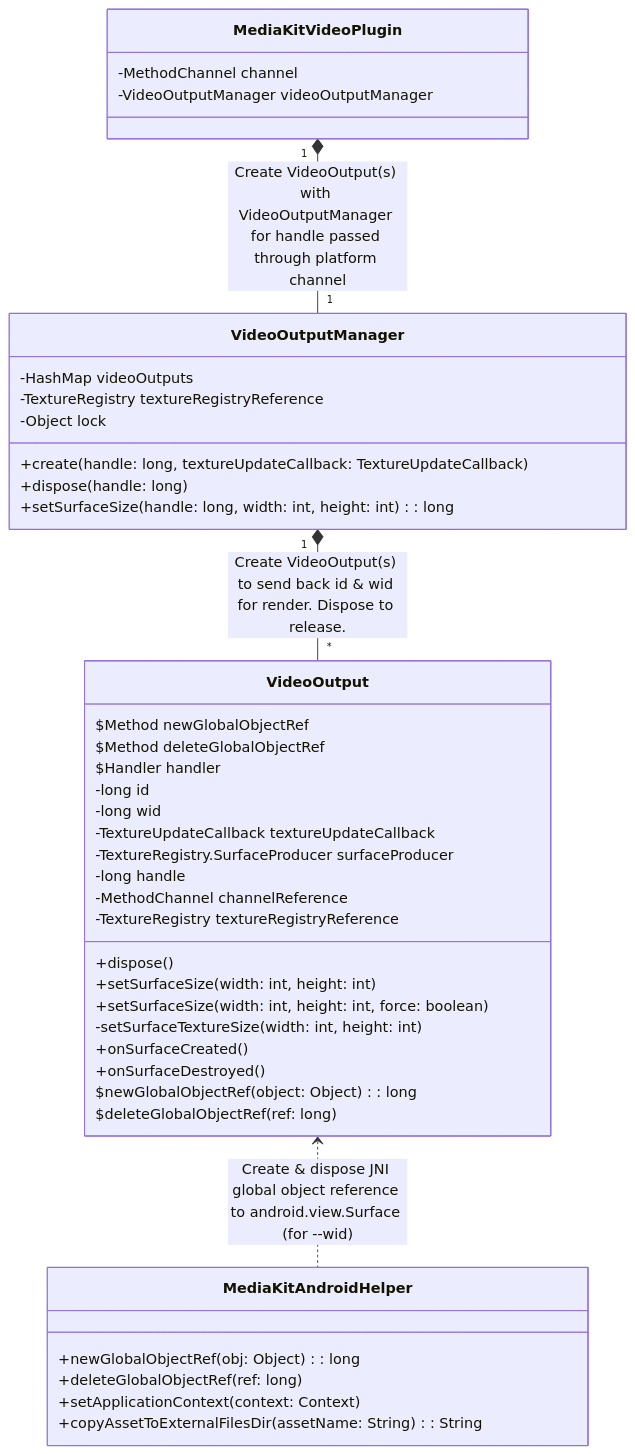
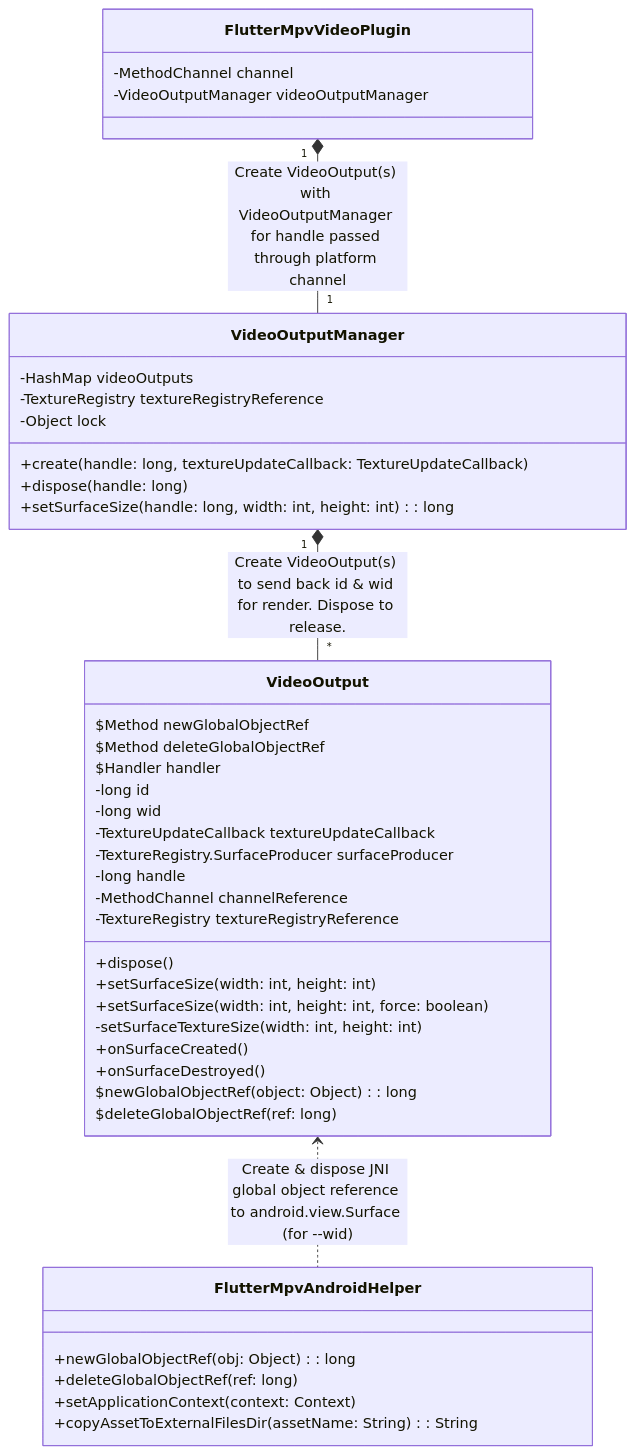
One commit to mohammedbakri123/flutter_mpv changed the second of 4 diagrams in README.md. Above: the diagram before and after it, drawn with Mermaid. The commit also changed other lines of this file and 355 other files, not shown here.

Commit message:
renamed all folders and filse to be flutter_mpv

````diff
--- a/README.md
+++ b/README.md
@@ -2615,63 +2615,63 @@
 ```mermaid
 %%{
   init: {
     'themeVariables': {
       'fontFamily': 'BlinkMacSystemFont, Segoe UI, Noto Sans, Helvetica, Arial, Apple Color Emoji, Segoe UI Emoji'
     }
   }
 }%%
 classDiagram
 
-  MediaKitVideoPlugin "1" *-- "1" VideoOutputManager: Create VideoOutput(s) with VideoOutputManager for handle passed through platform channel
+  FlutterMpvVideoPlugin "1" *-- "1" VideoOutputManager: Create VideoOutput(s) with VideoOutputManager for handle passed through platform channel
   VideoOutputManager "1" *-- "*" VideoOutput: Create VideoOutput(s) to send back id & wid for render. Dispose to release.
-  VideoOutput <.. MediaKitAndroidHelper: Create & dispose JNI global object reference to android.view.Surface (for --wid)
+  VideoOutput <.. FlutterMpvAndroidHelper: Create & dispose JNI global object reference to android.view.Surface (for --wid)
 
-  class MediaKitVideoPlugin {
+  class FlutterMpvVideoPlugin {
     -MethodChannel channel
     -VideoOutputManager videoOutputManager
   }
 
   class VideoOutputManager {
     -HashMap<Long, VideoOutput> videoOutputs
     -TextureRegistry textureRegistryReference
     -Object lock
 
     +create(handle: long, textureUpdateCallback: TextureUpdateCallback)
     +dispose(handle: long)
     +setSurfaceSize(handle: long, width: int, height: int): long
   }
 
   class VideoOutput {
     $Method newGlobalObjectRef
     $Method deleteGlobalObjectRef
     $Handler handler
 
     -long id
     -long wid
 
     -TextureUpdateCallback textureUpdateCallback
     -TextureRegistry.SurfaceProducer surfaceProducer
 
     -long handle
     -MethodChannel channelReference
     -TextureRegistry textureRegistryReference
 
     +dispose()
     +setSurfaceSize(width: int, height: int)
     +setSurfaceSize(width: int, height: int, force: boolean)
     -setSurfaceTextureSize(width: int, height: int)
     +onSurfaceCreated()
     +onSurfaceDestroyed()
 
     $newGlobalObjectRef(object: Object): long
     $deleteGlobalObjectRef(ref: long)
   }
 
-  class MediaKitAndroidHelper {
+  class FlutterMpvAndroidHelper {
     +newGlobalObjectRef(obj: Object): long
     +deleteGlobalObjectRef(ref: long)
     +setApplicationContext(context: Context)
     +copyAssetToExternalFilesDir(assetName: String): String
   }
 
 ```
````
